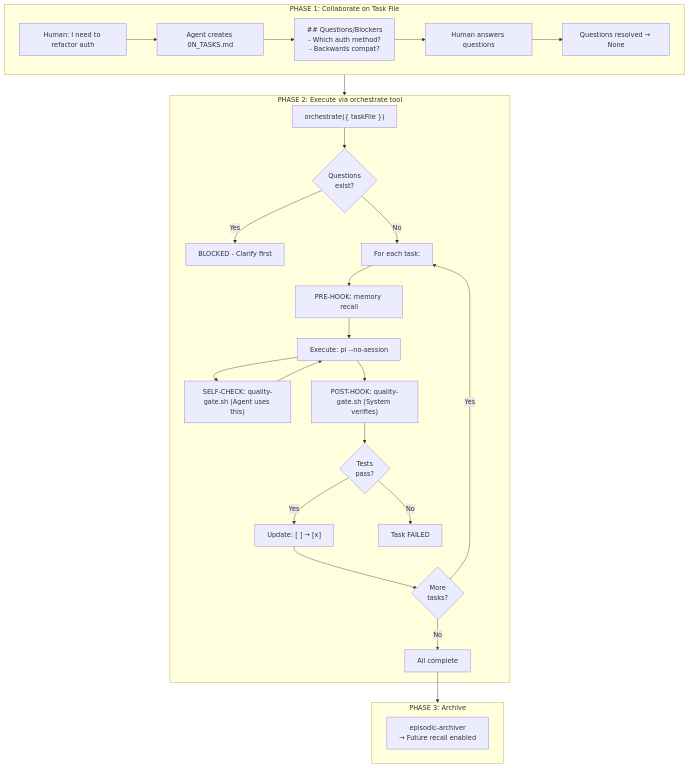
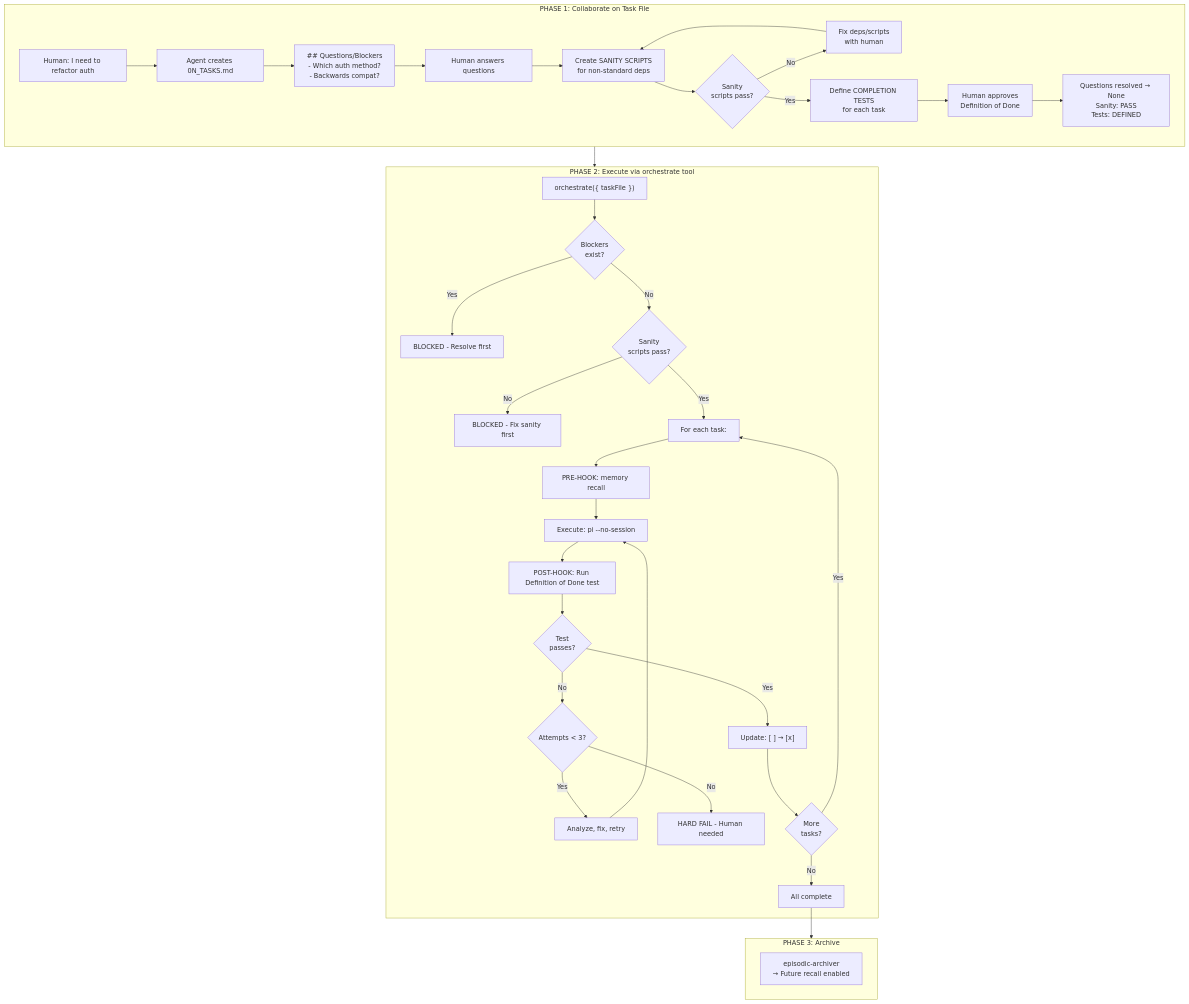
One commit to grahama1970/agent-skills changed the first of 4 diagrams in skills/orchestrate/SKILL.md. Above: the diagram before and after it, drawn with Mermaid. The commit also changed other lines of this file and 80 other files, not shown here.

````diff
--- a/skills/orchestrate/SKILL.md
+++ b/skills/orchestrate/SKILL.md
@@ -31,33 +97,42 @@
 ```mermaid
 flowchart TB
     subgraph Phase1["PHASE 1: Collaborate on Task File"]
         H1[Human: I need to refactor auth] --> A1[Agent creates 0N_TASKS.md]
         A1 --> Q1["## Questions/Blockers<br/>- Which auth method?<br/>- Backwards compat?"]
         Q1 --> H2[Human answers questions]
-        H2 --> Q2["Questions resolved → None"]
+        H2 --> S1["Create SANITY SCRIPTS<br/>for non-standard deps"]
+        S1 --> S2{Sanity<br/>scripts pass?}
+        S2 -->|No| S3[Fix deps/scripts<br/>with human]
+        S3 --> S1
+        S2 -->|Yes| T1["Define COMPLETION TESTS<br/>for each task"]
+        T1 --> T2[Human approves<br/>Definition of Done]
+        T2 --> Q2["Questions resolved → None<br/>Sanity: PASS<br/>Tests: DEFINED"]
     end
 
     subgraph Phase2["PHASE 2: Execute via orchestrate tool"]
-        O1["orchestrate({ taskFile })"] --> Check{Questions<br/>exist?}
-        Check -->|Yes| Block[BLOCKED - Clarify first]
-        Check -->|No| Loop["For each task:"]
+        O1["orchestrate({ taskFile })"] --> Check{Blockers<br/>exist?}
+        Check -->|Yes| Block[BLOCKED - Resolve first]
+        Check -->|No| SanityCheck{Sanity<br/>scripts pass?}
+        SanityCheck -->|No| Block2[BLOCKED - Fix sanity first]
+        SanityCheck -->|Yes| Loop["For each task:"]
         Loop --> Pre["PRE-HOOK: memory recall"]
         Pre --> Exec["Execute: pi --no-session"]
-        Exec --> SelfCheck["SELF-CHECK: quality-gate.sh (Agent uses this)"]
-        SelfCheck --> Exec
-        Exec --> Post["POST-HOOK: quality-gate.sh (System verifies)"]
-        Post --> Pass{Tests<br/>pass?}
+        Exec --> Post["POST-HOOK: Run Definition of Done test"]
+        Post --> Pass{Test<br/>passes?}
         Pass -->|Yes| Update["Update: [ ] → [x]"]
-        Pass -->|No| Fail[Task FAILED]
+        Pass -->|No| Retry{Attempts < 3?}
+        Retry -->|Yes| Fix[Analyze, fix, retry]
+        Fix --> Exec
+        Retry -->|No| Fail[HARD FAIL - Human needed]
         Update --> Next{More<br/>tasks?}
         Next -->|Yes| Loop
         Next -->|No| Done[All complete]
     end
 
     subgraph Phase3["PHASE 3: Archive"]
         Archive["episodic-archiver<br/>→ Future recall enabled"]
     end
 
     Phase1 --> Phase2
     Done --> Phase3
 ```
````
